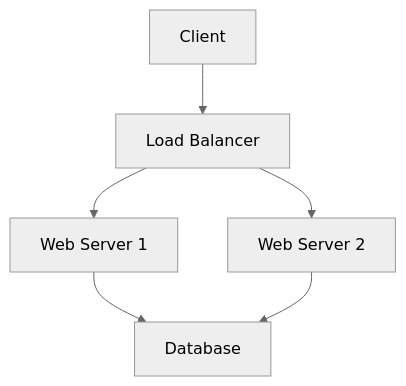
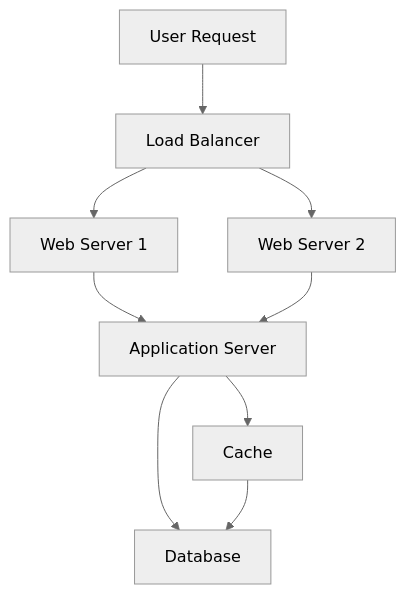
One commit to VrushankPatel/interview-matters changed the diagram in system-design-basics/README.md. Above: the diagram before and after it, drawn with Mermaid (neutral theme). The commit also changed other lines of this file and 4 other files, not shown here.

````diff
--- a/system-design-basics/README.md
+++ b/system-design-basics/README.md
@@ -33,8 +64,11 @@
 ```mermaid
 graph TD
-    A[Client] --> B[Load Balancer]
+    A[User Request] --> B[Load Balancer]
     B --> C[Web Server 1]
     B --> D[Web Server 2]
-    C --> E[Database]
+    C --> E[Application Server]
     D --> E
+    E --> F[Database]
+    E --> G[Cache]
+    G --> F
 ```
````
